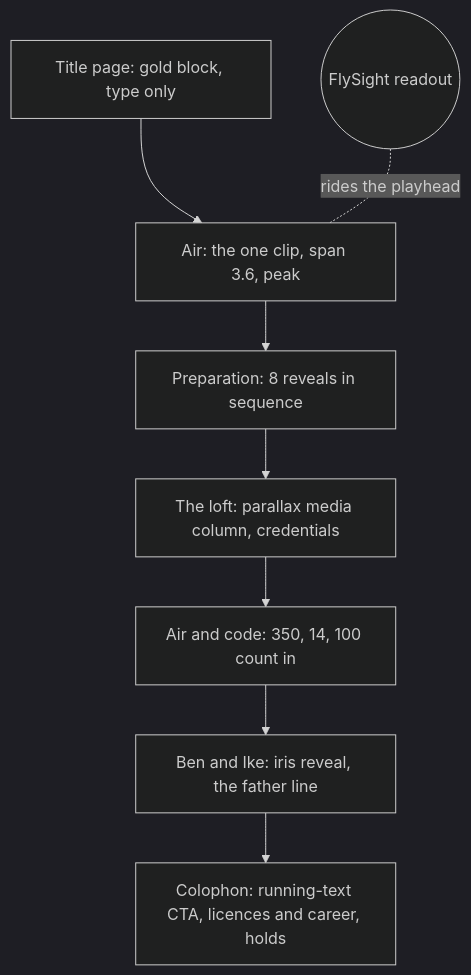
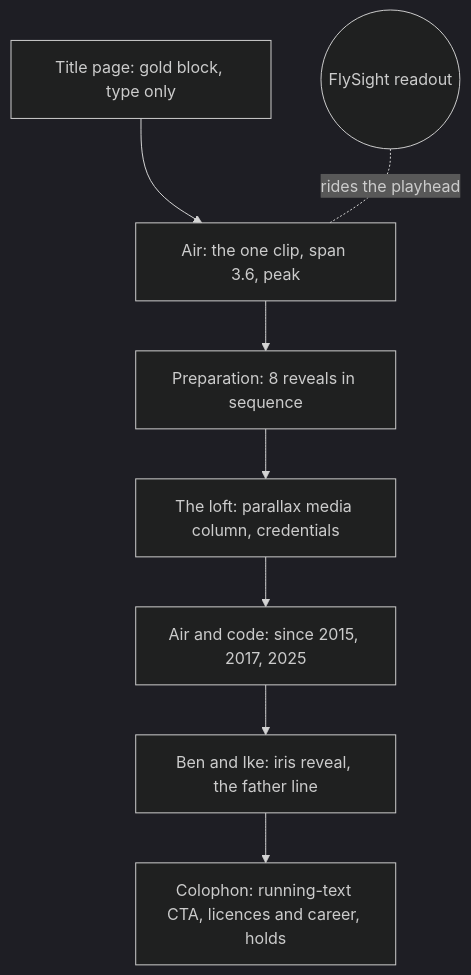
Before and after one commit to EcaCosca/bendike: the first of 2 diagrams in .github/specs/about-page-scroll-story.md, drawn with Mermaid (dark theme). The commit also changed other lines of this file and 6 other files, not shown here.

````diff
--- a/.github/specs/about-page-scroll-story.md
+++ b/.github/specs/about-page-scroll-story.md
@@ -137,10 +139,10 @@
 ```mermaid
 flowchart TD
   T[Title page: gold block, type only] --> A[Air: the one clip, span 3.6, peak]
   A --> P[Preparation: 8 reveals in sequence]
   P --> L[The loft: parallax media column, credentials]
-  L --> C[Air and code: 350, 14, 100 count in]
+  L --> C[Air and code: since 2015, 2017, 2025]
   C --> S[Ben and Ike: iris reveal, the father line]
   S --> K[Colophon: running-text CTA, licences and career, holds]
   R((FlySight readout)) -. rides the playhead .- A
 ```
````
